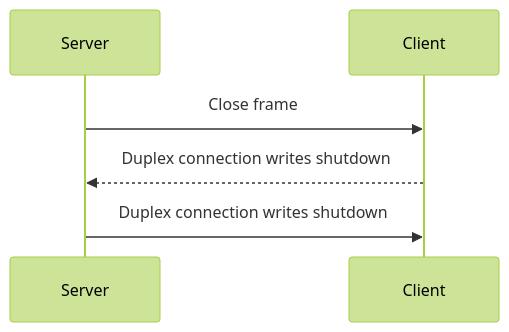
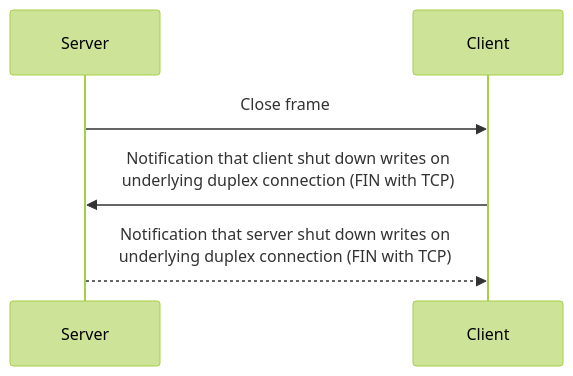
The second of 2 diagrams in pages/icerpc/slic-transport/connection-closure.md (icerpc/icerpc-docs), drawn with Mermaid (forest theme) before and after one commit. The commit also changed other lines of this file, not shown here.

````diff
--- a/pages/icerpc/slic-transport/connection-closure.md
+++ b/pages/icerpc/slic-transport/connection-closure.md
@@ -58,6 +60,6 @@
 ```mermaid
 sequenceDiagram
     Server->>Client: Close frame
-    Client-->>Server: Duplex connection writes shutdown
-    Server->>Client: Duplex connection writes shutdown
+    Client->>Server: Notification that client shut down writes on<br/>underlying duplex connection (FIN with TCP)
+    Server-->>Client: Notification that server shut down writes on<br/>underlying duplex connection (FIN with TCP)
 ```
````
